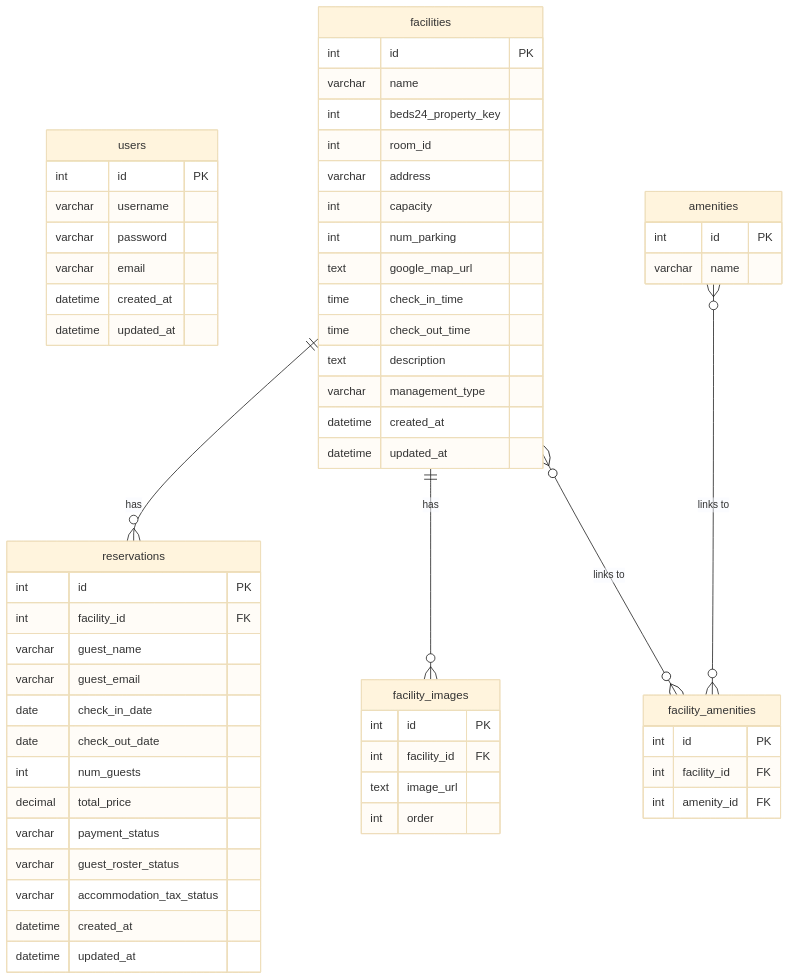
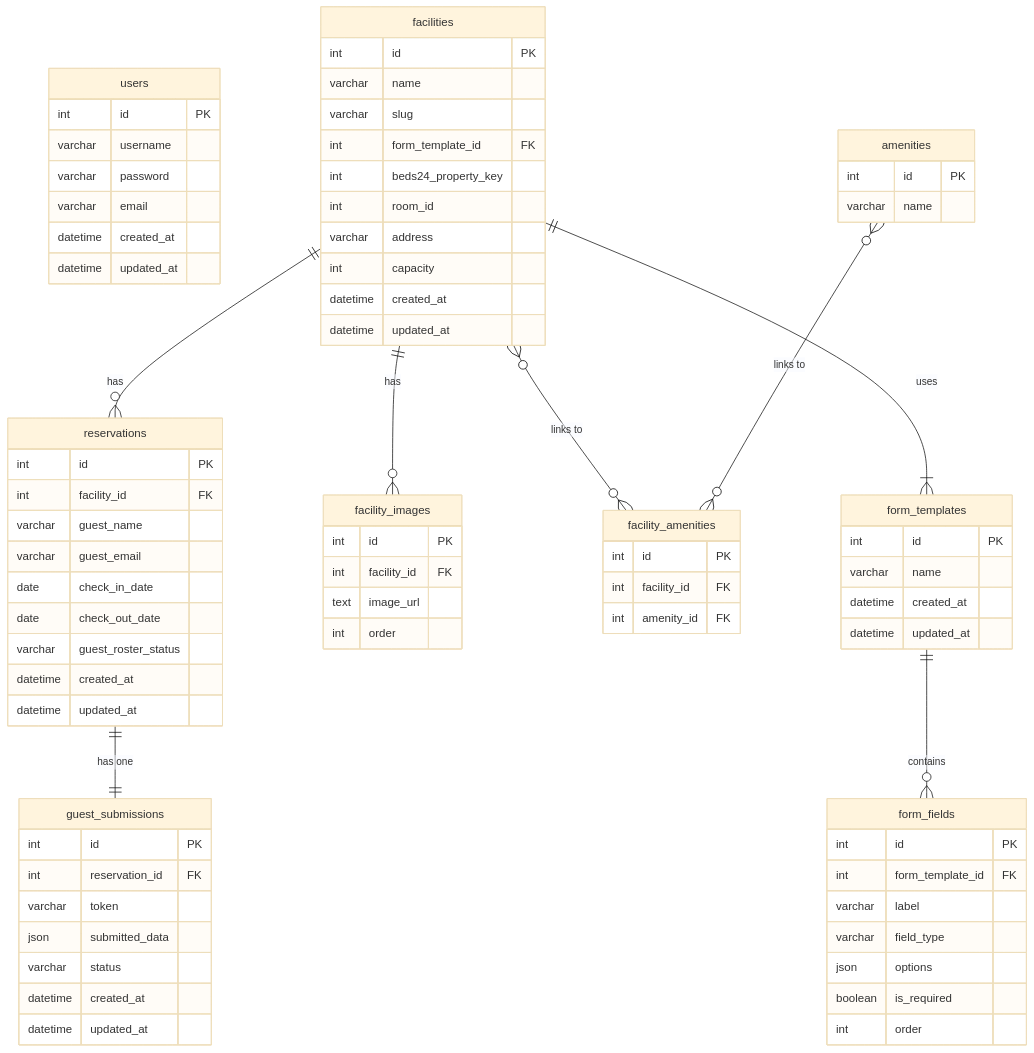
One commit to wisteria0793/scorpion changed the diagram in docs/database_design.md. Above: the diagram before and after it, drawn with Mermaid (base theme). The commit also changed other lines of this file and 3 other files, not shown here.

````diff
--- a/docs/database_design.md
+++ b/docs/database_design.md
@@ -59,62 +87,83 @@
 ```mermaid
 erDiagram
     users {
         int id PK
         varchar username
         varchar password
         varchar email
         datetime created_at
         datetime updated_at
     }
     facilities {
         int id PK
         varchar name
+        varchar slug
+        int form_template_id FK
         int beds24_property_key
         int room_id
         varchar address
         int capacity
-        int num_parking
-        text google_map_url
-        time check_in_time
-        time check_out_time
-        text description
-        varchar management_type
         datetime created_at
         datetime updated_at
     }
     reservations {
         int id PK
         int facility_id FK
         varchar guest_name
         varchar guest_email
         date check_in_date
         date check_out_date
-        int num_guests
-        decimal total_price
-        varchar payment_status
         varchar guest_roster_status
-        varchar accommodation_tax_status
         datetime created_at
         datetime updated_at
     }
     amenities {
         int id PK
         varchar name
     }
     facility_images {
         int id PK
         int facility_id FK
         text image_url
         int order
     }
     facility_amenities {
         int id PK
         int facility_id FK
         int amenity_id FK
     }
+    form_templates {
+        int id PK
+        varchar name
+        datetime created_at
+        datetime updated_at
+    }
+    form_fields {
+        int id PK
+        int form_template_id FK
+        varchar label
+        varchar field_type
+        json options
+        boolean is_required
+        int order
+    }
+    guest_submissions {
+        int id PK
+        int reservation_id FK
+        varchar token
+        json submitted_data
+        varchar status
+        datetime created_at
+        datetime updated_at
+    }
 
     facilities ||--o{ reservations : "has"
-    facilities ||--o{ facility_images : "has"
+    facilities ||--|{ form_templates : "uses"
     facilities }o--o{ facility_amenities : "links to"
     amenities }o--o{ facility_amenities : "links to"
+    facilities ||--o{ facility_images : "has"
+    
+    form_templates ||--o{ form_fields : "contains"
+    reservations ||--|| guest_submissions : "has one"
+
 ```
````
